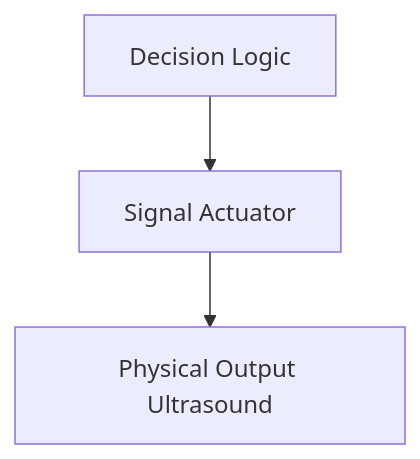
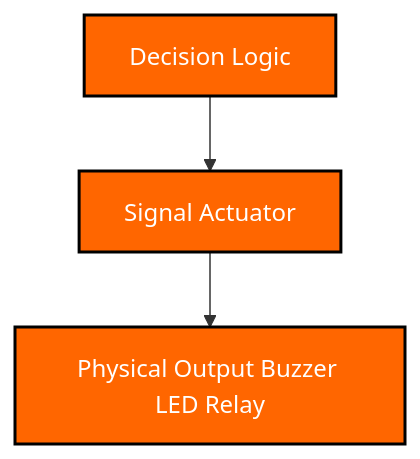
Before and after one commit to hbo-bomb/Project-Nilbye: the fourth of 4 diagrams in Project Documentation/architecture.md, drawn with Mermaid. The commit also changed other lines of this file, not shown here.

````diff
--- a/Project Documentation/architecture.md
+++ b/Project Documentation/architecture.md
@@ -96,9 +105,13 @@
 ```mermaid
 flowchart TB
 
+  classDef hw fill:#ff6600,stroke:#000000,stroke-width:2px,color:#ffffff;
+
   CTRL[Decision Logic]
   ACT[Signal Actuator]
-  HW[Physical Output Ultrasound]
+  HW[Physical Output Buzzer LED Relay]
 
   CTRL --> ACT --> HW
+
+  class CTRL,ACT,HW hw
 ```
````
